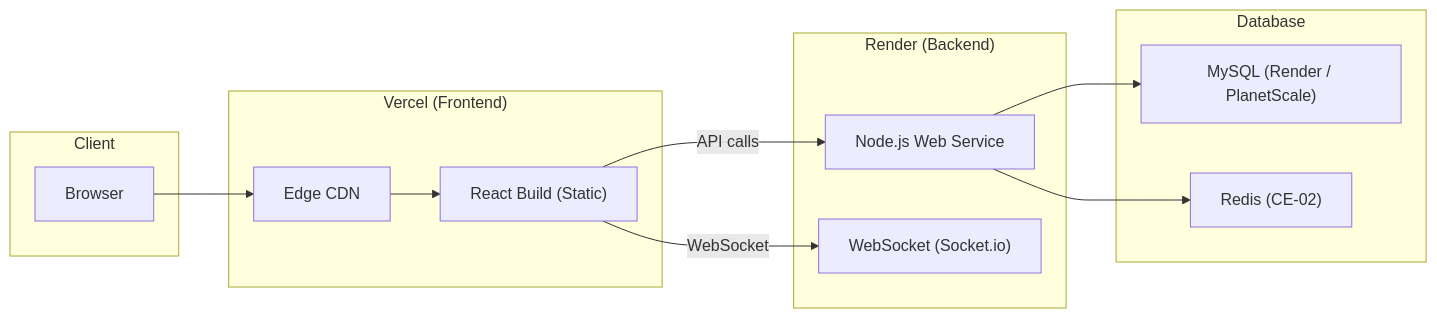
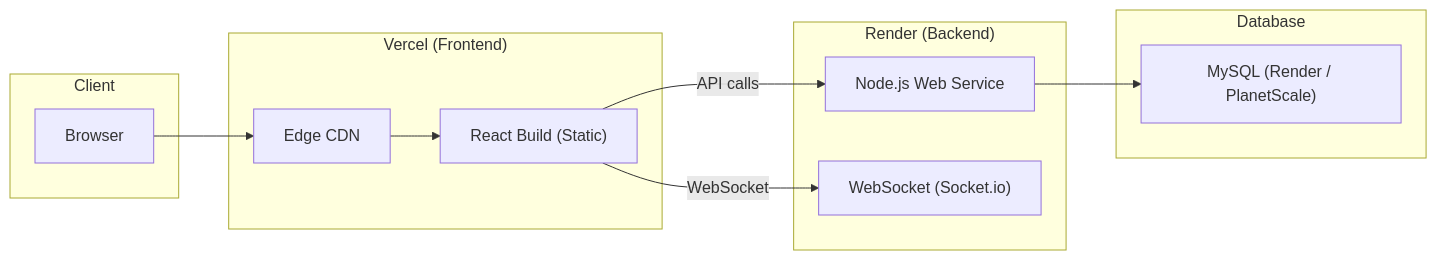
Diagram 13 of 13 in docs/system_design.md (arsh342/dispatchCore), drawn with Mermaid before and after one commit. The commit also changed other lines of this file and 94 other files, not shown here.

````diff
--- a/docs/system_design.md
+++ b/docs/system_design.md
@@ -947,27 +898,25 @@
 ```mermaid
 graph LR
     subgraph Client
         B["Browser"]
     end
 
     subgraph Vercel["Vercel (Frontend)"]
         CDN["Edge CDN"]
         REACT["React Build (Static)"]
     end
 
     subgraph Render["Render (Backend)"]
         APP["Node.js Web Service"]
         WSS["WebSocket (Socket.io)"]
     end
 
     subgraph Database
         MY["MySQL (Render / PlanetScale)"]
-        RD["Redis (CE-02)"]
     end
 
     B --> CDN --> REACT
     REACT -->|"API calls"| APP
     REACT -->|"WebSocket"| WSS
     APP --> MY
-    APP --> RD
 ```
````
